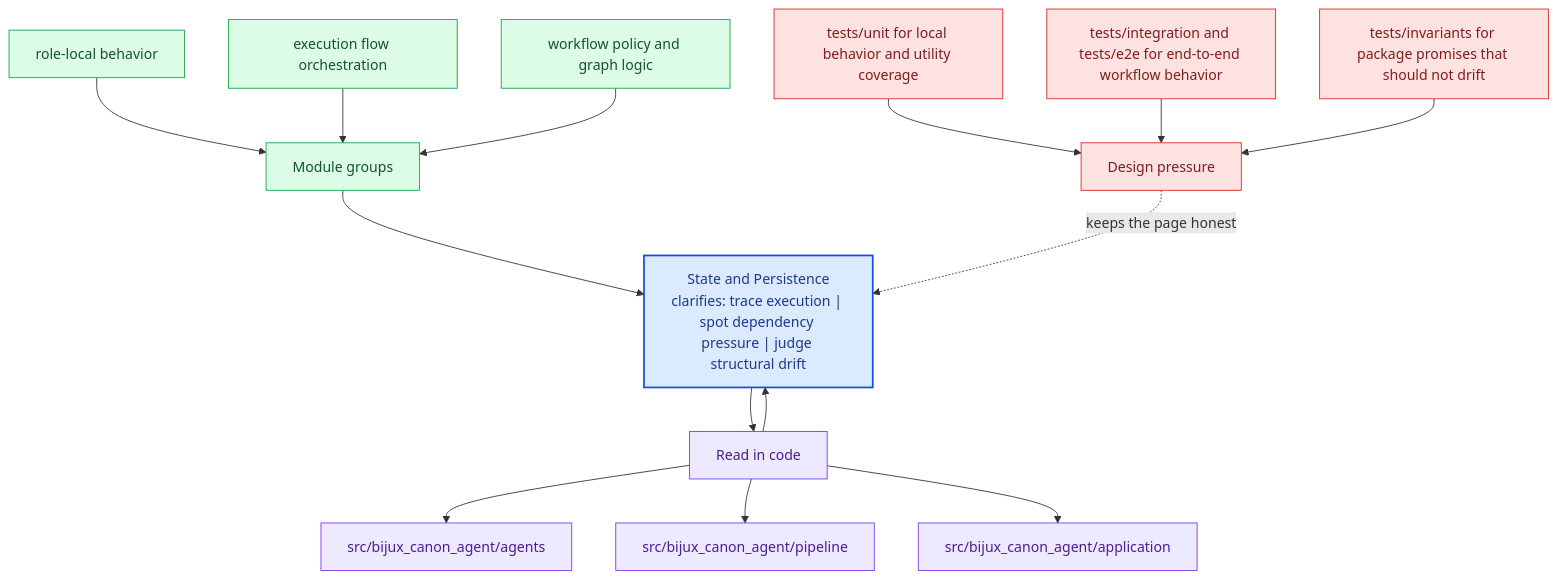
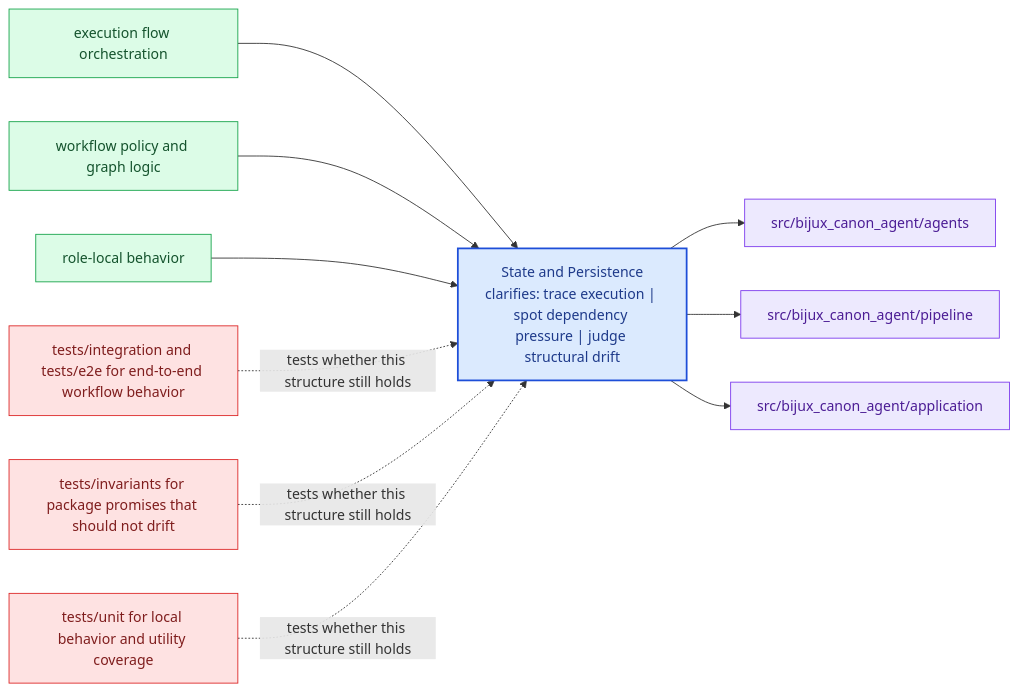
Before and after one commit to bijux/bijux-canon: the diagram in docs/bijux-canon-agent/architecture/state-and-persistence.md, drawn with Mermaid. The commit also changed other lines of this file and 281 other files, not shown here.

Commit message:
docs(diagrams): replace repeated mermaid scaffolds with page-specific summaries

````diff
--- a/docs/bijux-canon-agent/architecture/state-and-persistence.md
+++ b/docs/bijux-canon-agent/architecture/state-and-persistence.md
@@ -68,40 +23,31 @@
 ```mermaid
-flowchart TB
-    promise["State and Persistence<br/>clarifies: trace execution | spot dependency pressure | judge structural drift"]
-    classDef promise fill:#dbeafe,stroke:#1d4ed8,color:#1e3a8a,stroke-width:2px;
-    classDef driver fill:#dcfce7,stroke:#16a34a,color:#14532d;
-    classDef constraint fill:#fee2e2,stroke:#dc2626,color:#7f1d1d;
-    classDef ground fill:#ede9fe,stroke:#7c3aed,color:#4c1d95;
-    focus1["Module groups"]
-    focus1 --> promise
-    focus1_1["role-local behavior"]
-    focus1_1 --> focus1
-    focus1_2["execution flow orchestration"]
-    focus1_2 --> focus1
-    focus1_3["workflow policy and graph logic"]
-    focus1_3 --> focus1
-    class focus1 driver;
-    class focus1_1,focus1_2,focus1_3 driver;
-    focus2["Read in code"]
-    focus2 --> promise
-    promise --> focus2
-    focus2_1["src/bijux_canon_agent/agents"]
-    focus2 --> focus2_1
-    focus2_2["src/bijux_canon_agent/pipeline"]
-    focus2 --> focus2_2
-    focus2_3["src/bijux_canon_agent/application"]
-    focus2 --> focus2_3
-    class focus2 ground;
-    class focus2_1,focus2_2,focus2_3 ground;
-    focus3["Design pressure"]
-    focus3 -.keeps the page honest.-> promise
-    focus3_1["tests/unit for local behavior and utility coverage"]
-    focus3_1 --> focus3
-    focus3_2["tests/integration and tests/e2e for end-to-end workflow behavior"]
-    focus3_2 --> focus3
-    focus3_3["tests/invariants for package promises that should not drift"]
-    focus3_3 --> focus3
-    class focus3 constraint;
-    class focus3_1,focus3_2,focus3_3 constraint;
-    class promise promise;
+flowchart LR
+    page["State and Persistence<br/>clarifies: trace execution | spot dependency pressure | judge structural drift"]
+    classDef page fill:#dbeafe,stroke:#1d4ed8,color:#1e3a8a,stroke-width:2px;
+    classDef positive fill:#dcfce7,stroke:#16a34a,color:#14532d;
+    classDef caution fill:#fee2e2,stroke:#dc2626,color:#7f1d1d;
+    classDef anchor fill:#ede9fe,stroke:#7c3aed,color:#4c1d95;
+    classDef action fill:#fef3c7,stroke:#d97706,color:#7c2d12;
+    module1["execution flow orchestration"]
+    module1 --> page
+    module2["workflow policy and graph logic"]
+    module2 --> page
+    module3["role-local behavior"]
+    module3 --> page
+    code1["src/bijux_canon_agent/agents"]
+    page --> code1
+    code2["src/bijux_canon_agent/pipeline"]
+    page --> code2
+    code3["src/bijux_canon_agent/application"]
+    page --> code3
+    pressure1["tests/integration and tests/e2e for end-to-end workflow behavior"]
+    pressure1 -.tests whether this structure still holds.-> page
+    pressure2["tests/invariants for package promises that should not drift"]
+    pressure2 -.tests whether this structure still holds.-> page
+    pressure3["tests/unit for local behavior and utility coverage"]
+    pressure3 -.tests whether this structure still holds.-> page
+    class page page;
+    class module1,module2,module3 positive;
+    class code1,code2,code3 anchor;
+    class pressure1,pressure2,pressure3 caution;
 ```
````
